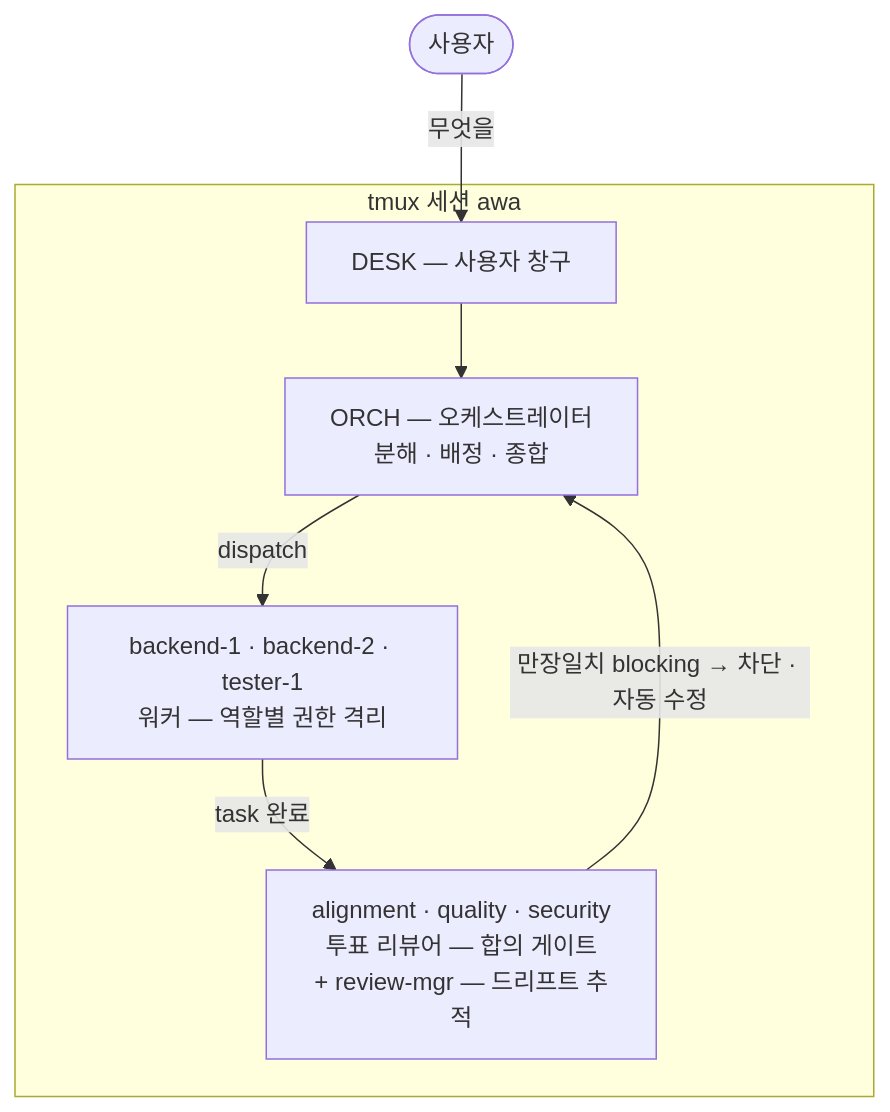
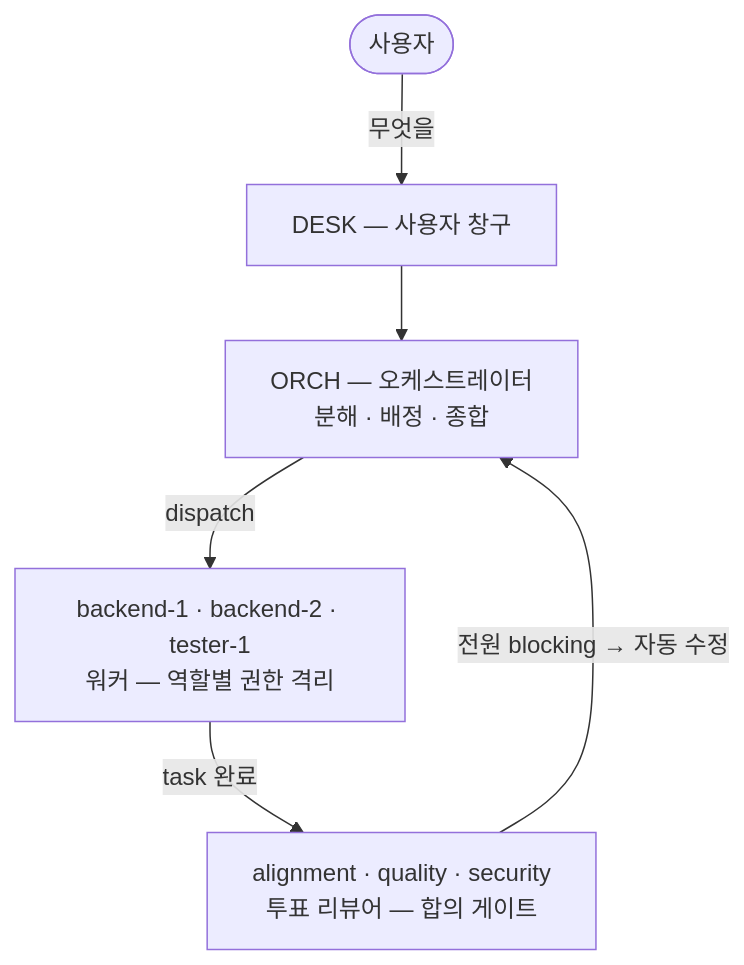
One commit to taehyunan-99/awa changed the diagram in README.md. Above: the diagram before and after it, drawn with Mermaid. The commit also changed other lines of this file, not shown here.

Commit message:
docs(readme): Mermaid subgraph 제거(제목-화살표 겹침 해결) + 피치 구조 재배치 (왜→어떻게→증거→안전→설치)

````diff
--- a/README.md
+++ b/README.md
@@ -24,10 +24,8 @@
 ```mermaid
 flowchart TB
-    USER(["사용자"]) -->|"무엇을"| DESK
-    subgraph TMUX["tmux 세션 awa"]
-        DESK["DESK — 사용자 창구"] --> ORCH["ORCH — 오케스트레이터<br/>분해 · 배정 · 종합"]
-        ORCH -->|"dispatch"| WORKERS["backend-1 · backend-2 · tester-1<br/>워커 — 역할별 권한 격리"]
-        WORKERS -->|"task 완료"| REVIEWERS["alignment · quality · security<br/>투표 리뷰어 — 합의 게이트<br/>+ review-mgr — 드리프트 추적"]
-        REVIEWERS -->|"만장일치 blocking → 차단 · 자동 수정"| ORCH
-    end
+    USER(["사용자"]) -->|"무엇을"| DESK["DESK — 사용자 창구"]
+    DESK --> ORCH["ORCH — 오케스트레이터<br/>분해 · 배정 · 종합"]
+    ORCH -->|"dispatch"| W["backend-1 · backend-2 · tester-1<br/>워커 — 역할별 권한 격리"]
+    W -->|"task 완료"| R["alignment · quality · security<br/>투표 리뷰어 — 합의 게이트"]
+    R -->|"전원 blocking → 자동 수정"| ORCH
 ```
````
